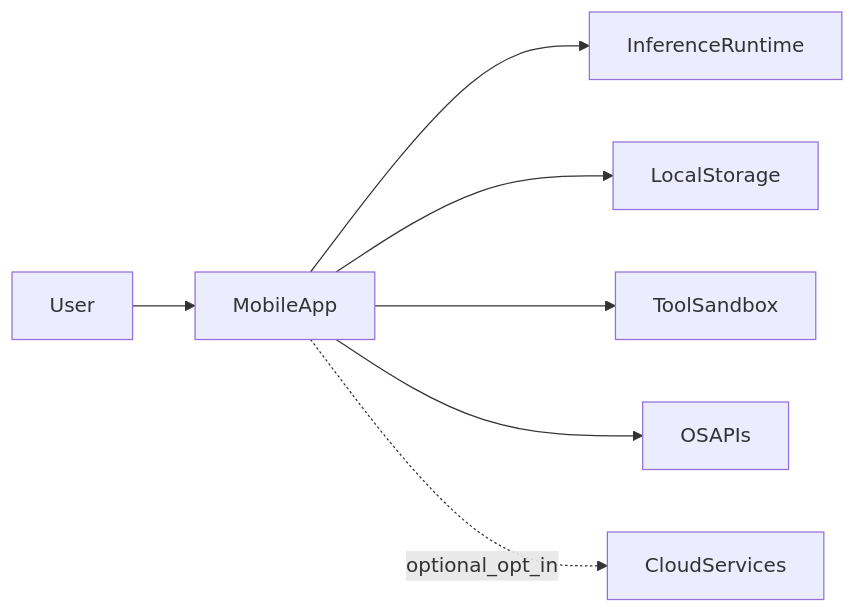
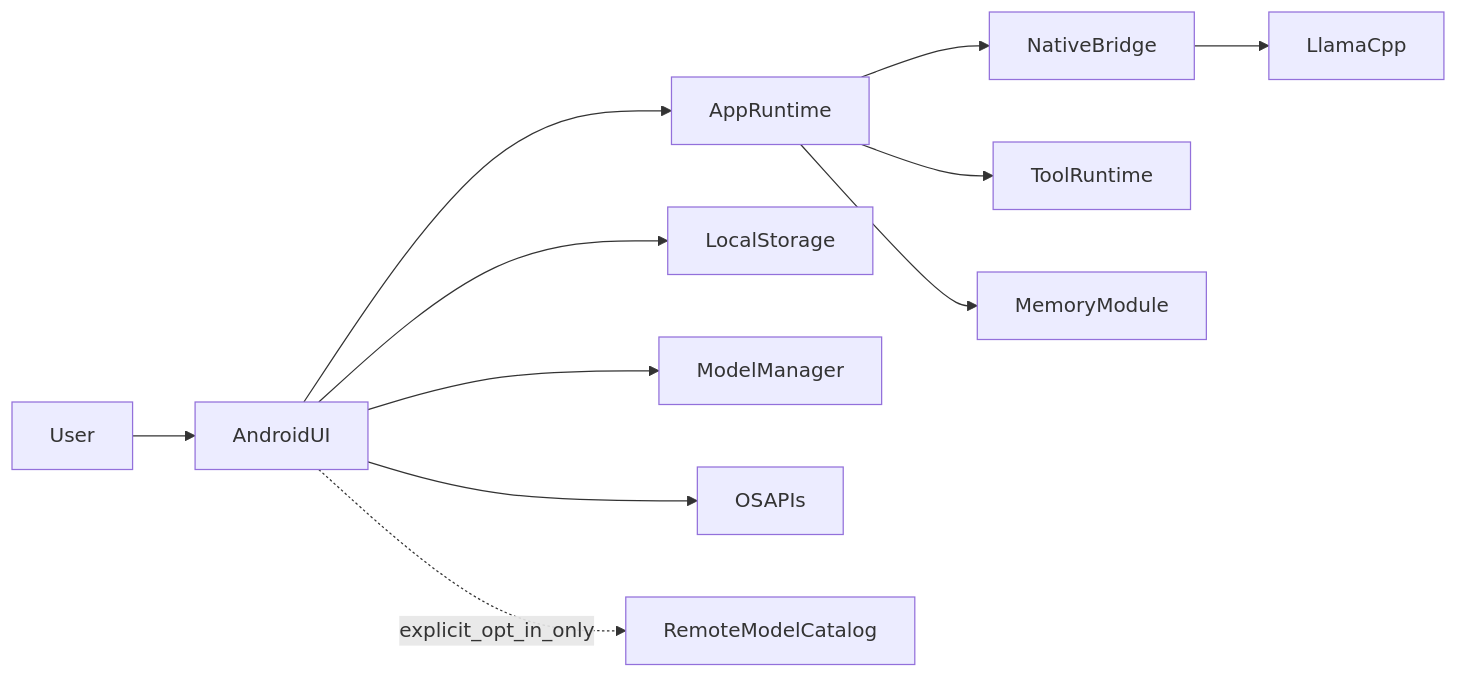
The diagram in docs/architecture/system-context.md (katooling/pocket-gpt), drawn with Mermaid before and after one commit. The commit also changed other lines of this file and 16 other files, not shown here.

````diff
--- a/docs/architecture/system-context.md
+++ b/docs/architecture/system-context.md
@@ -16,9 +18,13 @@
 ```mermaid
 flowchart LR
-User --> MobileApp
-MobileApp --> InferenceRuntime
-MobileApp --> LocalStorage
-MobileApp --> ToolSandbox
-MobileApp --> OSAPIs
-MobileApp -.optional_opt_in.-> CloudServices
+User --> AndroidUI
+AndroidUI --> AppRuntime
+AppRuntime --> NativeBridge
+NativeBridge --> LlamaCpp
+AndroidUI --> LocalStorage
+AndroidUI --> ModelManager
+AppRuntime --> ToolRuntime
+AppRuntime --> MemoryModule
+AndroidUI --> OSAPIs
+AndroidUI -.explicit_opt_in_only.-> RemoteModelCatalog
 ```
````
